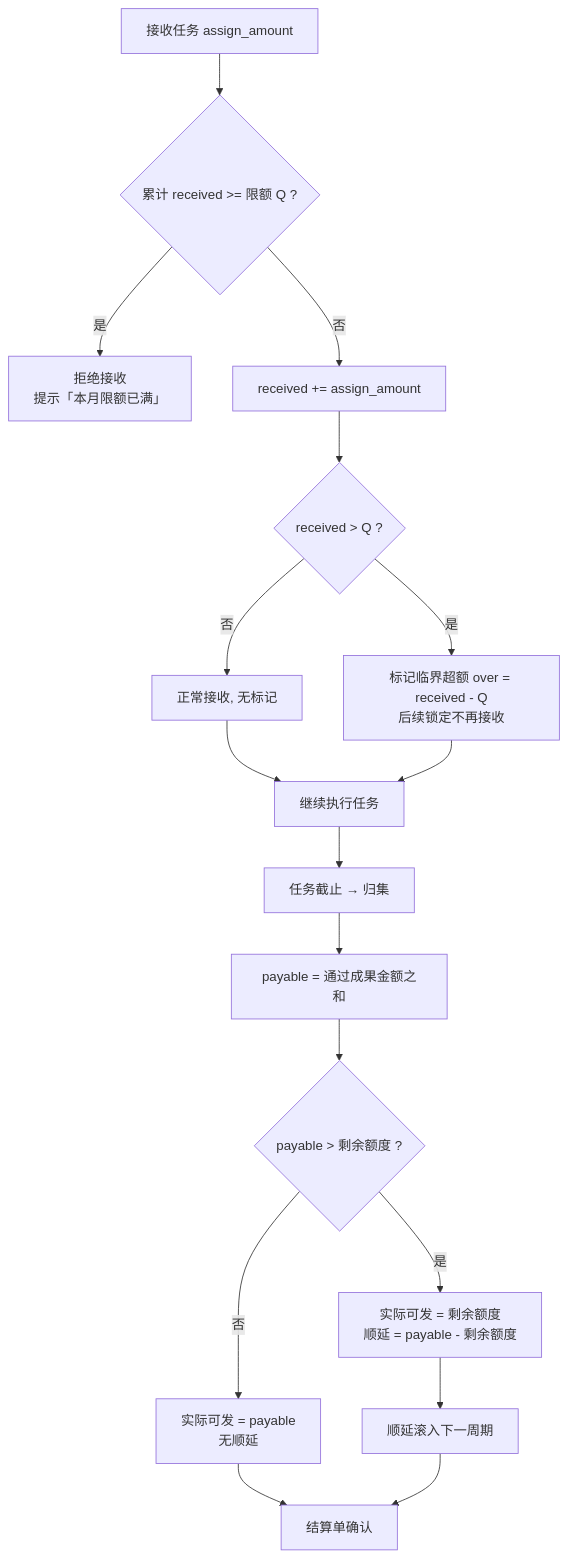
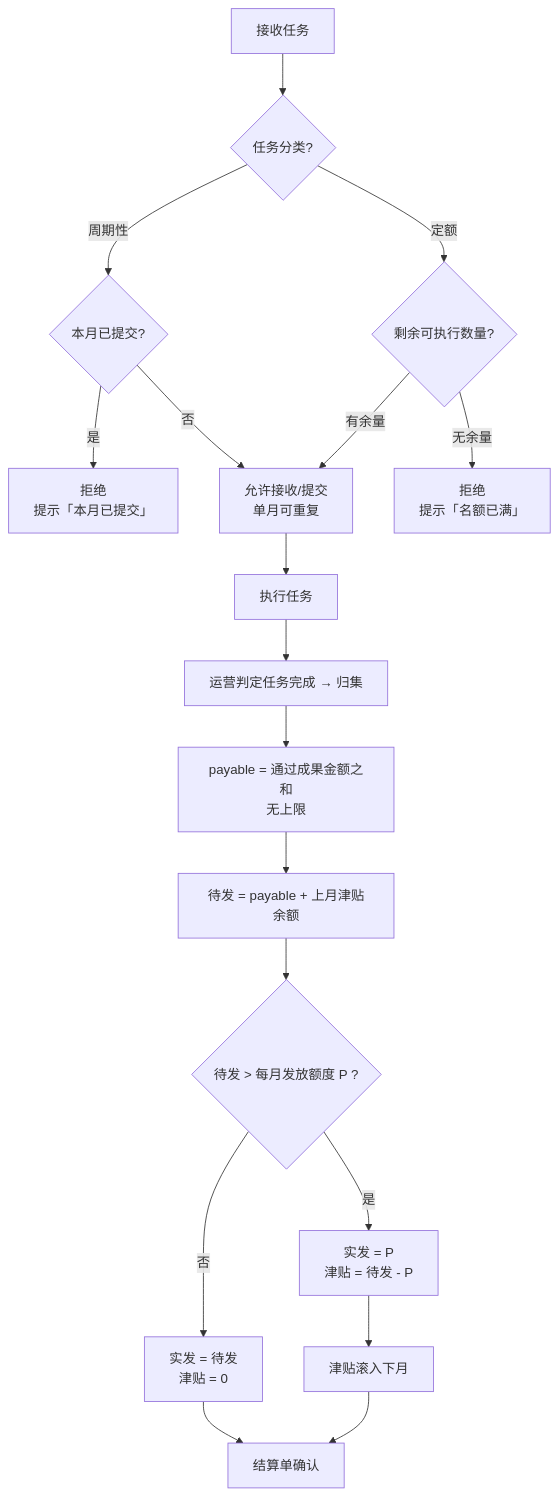
Before and after one commit to Echo-Note/FastapiAdmin: the tenth of 10 diagrams in docs/03-流程与状态流转.md, drawn with Mermaid. The commit also changed other lines of this file and 2 other files, not shown here.

````diff
--- a/docs/03-流程与状态流转.md
+++ b/docs/03-流程与状态流转.md
@@ -205,19 +212,20 @@
 ```mermaid
 flowchart TD
-    A[接收任务 assign_amount] --> B{累计 received >= 限额 Q ?}
-    B -->|是| C[拒绝接收<br/>提示「本月限额已满」]
-    B -->|否| D[received += assign_amount]
-    D --> E{received > Q ?}
-    E -->|否| F[正常接收, 无标记]
-    E -->|是| G[标记临界超额 over = received - Q<br/>后续锁定不再接收]
-    F --> H[继续执行任务]
-    G --> H
-    H --> I[任务截止 → 归集]
-    I --> J[payable = 通过成果金额之和]
-    J --> K{payable > 剩余额度 ?}
-    K -->|否| L[实际可发 = payable<br/>无顺延]
-    K -->|是| M[实际可发 = 剩余额度<br/>顺延 = payable - 剩余额度]
-    M --> N[顺延滚入下一周期]
-    L --> O[结算单确认]
-    N --> O
+    A[接收任务] --> B{任务分类?}
+    B -->|周期性| B1{本月已提交?}
+    B1 -->|是| B2[拒绝<br/>提示「本月已提交」]
+    B1 -->|否| C[允许接收/提交]
+    B -->|定额| B3{剩余可执行数量?}
+    B3 -->|无余量| B4[拒绝<br/>提示「名额已满」]
+    B3 -->|有余量| C[允许接收/提交<br/>单月可重复]
+    C --> D[执行任务]
+    D --> E[运营判定任务完成 → 归集]
+    E --> F[payable = 通过成果金额之和<br/>无上限]
+    F --> G[待发 = payable + 上月津贴余额]
+    G --> H{待发 > 每月发放额度 P ?}
+    H -->|否| I[实发 = 待发<br/>津贴 = 0]
+    H -->|是| J[实发 = P<br/>津贴 = 待发 - P]
+    J --> K[津贴滚入下月]
+    I --> L[结算单确认]
+    K --> L
 ```
````
